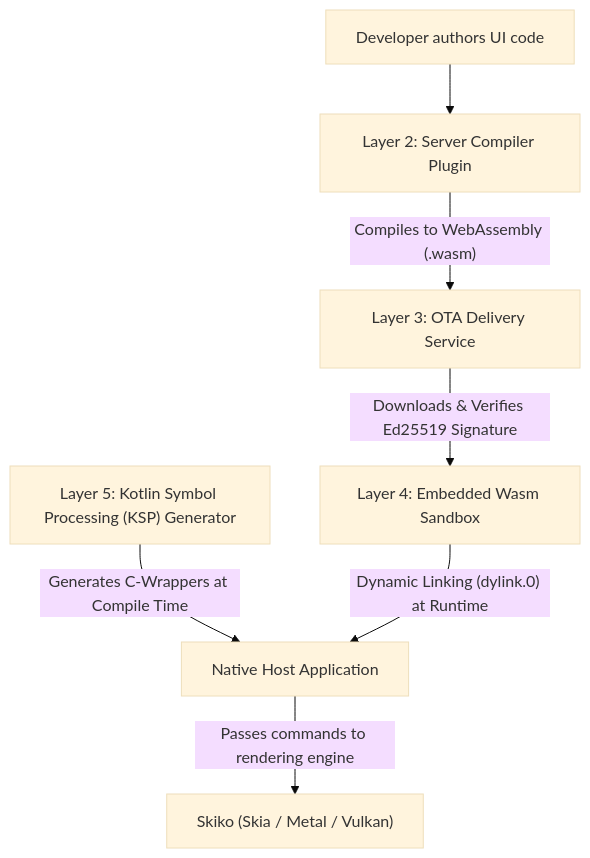
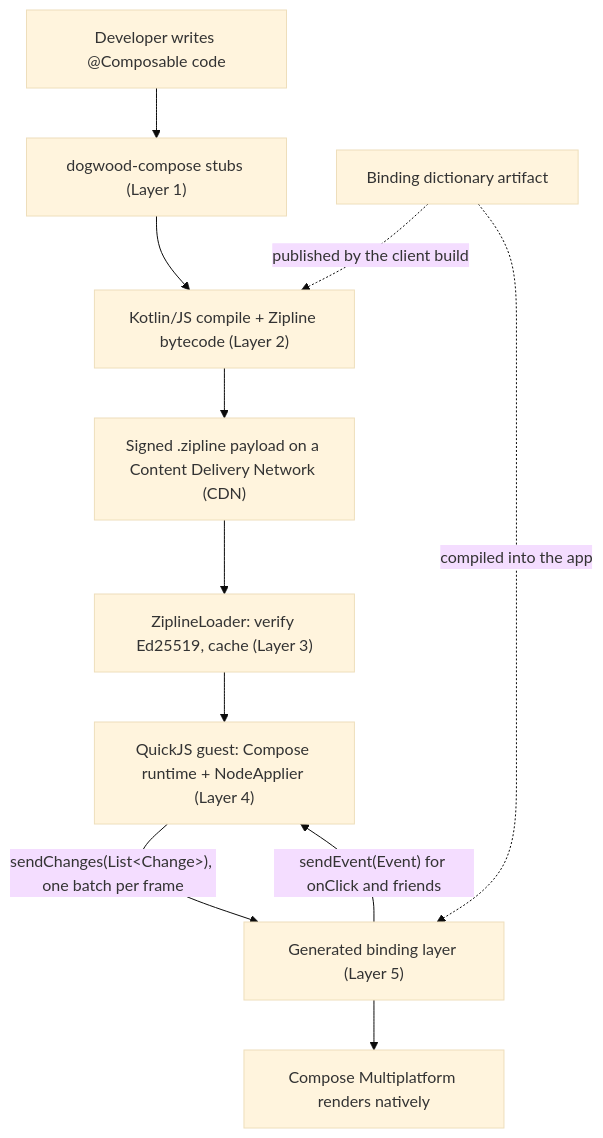
Before and after one commit to teegarcs/dogwood: the second of 3 diagrams in high-level-tech-spec-final.md, drawn with Mermaid (base theme). The commit also changed other lines of this file and 21 other files, not shown here.

First line of the commit message:
Pivot architecture to Compose Multiplatform over Zipline (v4.0)

````diff
--- a/high-level-tech-spec-final.md
+++ b/high-level-tech-spec-final.md
@@ -74,11 +112,13 @@
 ```mermaid
 flowchart TD
-    Developer["Developer authors UI code"] --> L2["Layer 2: Server Compiler Plugin"]
-    L2 -- "Compiles to WebAssembly (.wasm)" --> L3["Layer 3: OTA Delivery Service"]
-    L3 -- "Downloads & Verifies Ed25519 Signature" --> L4["Layer 4: Embedded Wasm Sandbox"]
-    
-    L5["Layer 5: Kotlin Symbol Processing (KSP) Generator"] -- "Generates C-Wrappers at Compile Time" --> Host["Native Host Application"]
-    
-    L4 -- "Dynamic Linking (dylink.0) at Runtime" --> Host
-    Host -- "Passes commands to rendering engine" --> Skiko["Skiko (Skia / Metal / Vulkan)"]
+    Dev["Developer writes @Composable code"] --> Stubs["dogwood-compose stubs (Layer 1)"]
+    Stubs --> Build["Kotlin/JS compile + Zipline bytecode (Layer 2)"]
+    Build --> CDN["Signed .zipline payload on a Content Delivery Network (CDN)"]
+    CDN --> Loader["ZiplineLoader: verify Ed25519, cache (Layer 3)"]
+    Loader --> Guest["QuickJS guest: Compose runtime + NodeApplier (Layer 4)"]
+    Guest -- "sendChanges(List&lt;Change&gt;), one batch per frame" --> Host["Generated binding layer (Layer 5)"]
+    Host --> CMP["Compose Multiplatform renders natively"]
+    Host -- "sendEvent(Event) for onClick and friends" --> Guest
+    Dict["Binding dictionary artifact"] -.->|"published by the client build"| Build
+    Dict -.->|"compiled into the app"| Host
 ```
````
